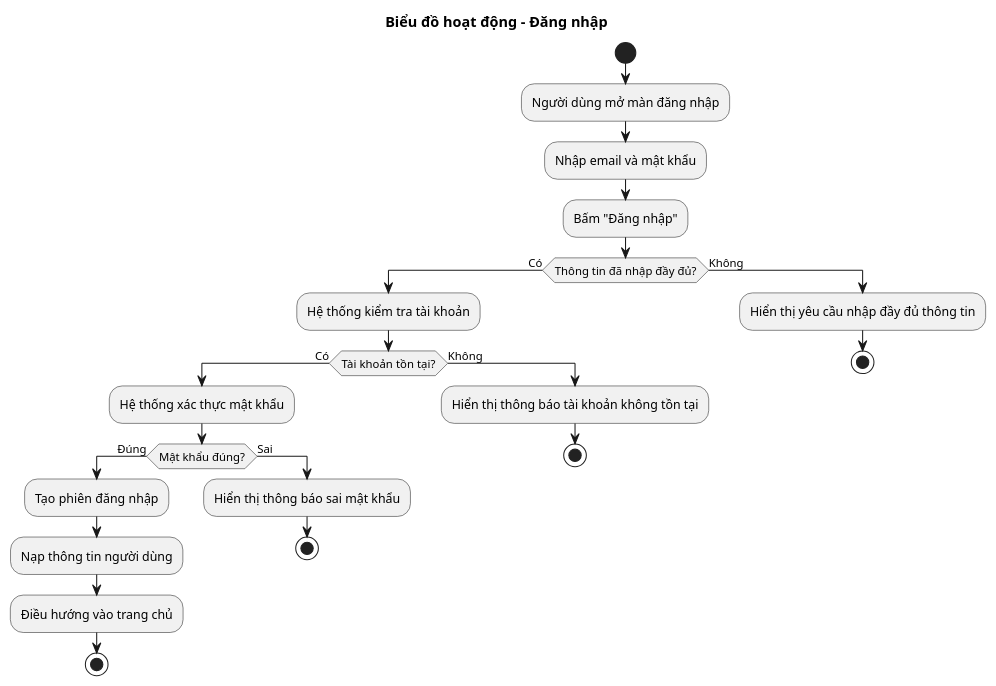
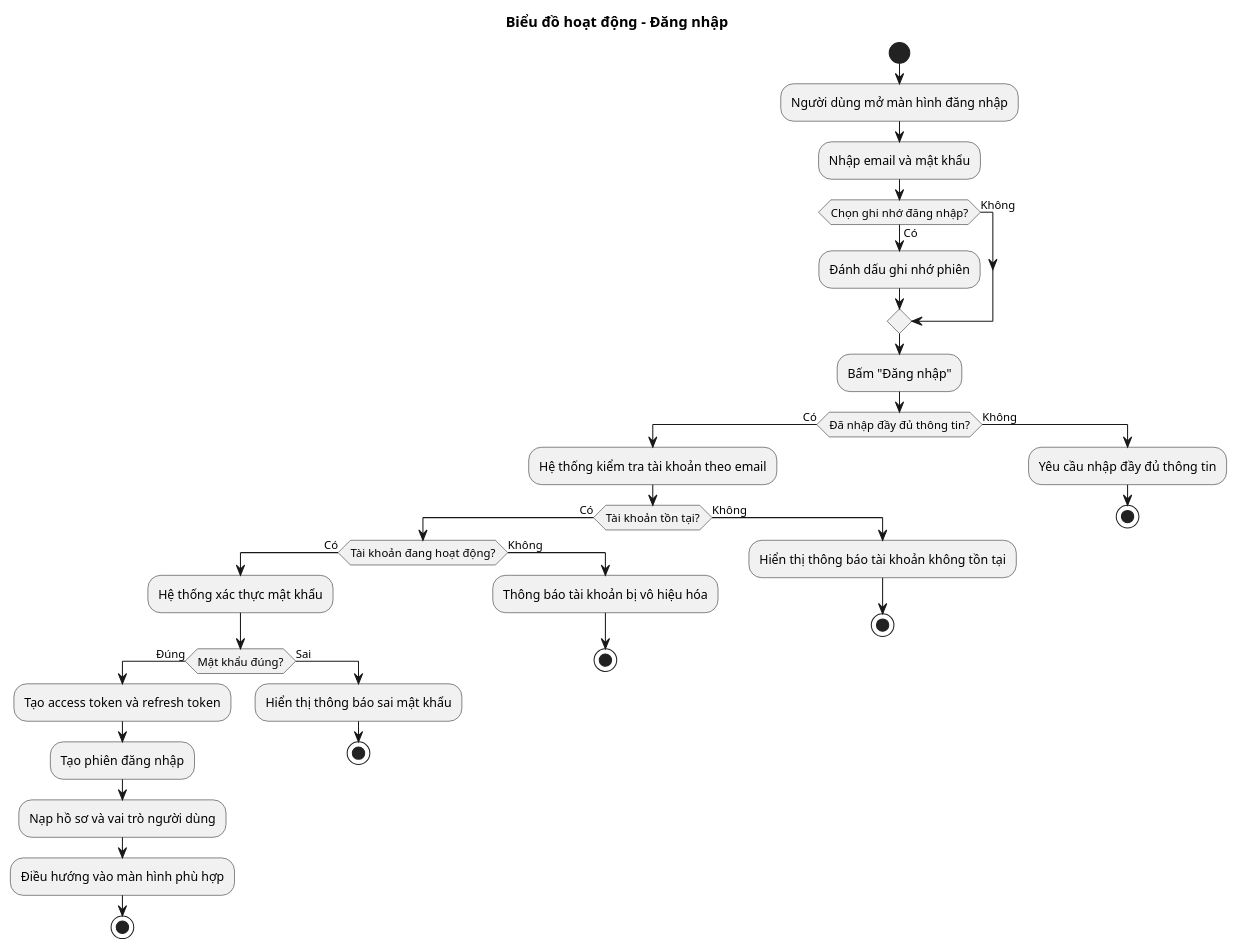
One commit to phuongtech24/do_an changed the diagram in docs/diagrams/Bieudohoatdong/login.puml. Above: the diagram before and after it, drawn with PlantUML. The commit also changed other lines of this file and 18 other files, not shown here.

```diff
--- a/docs/diagrams/Bieudohoatdong/login.puml
+++ b/docs/diagrams/Bieudohoatdong/login.puml
@@ -1,31 +1,41 @@
 @startuml
 title Biểu đồ hoạt động - Đăng nhập
 
 start
-:Người dùng mở màn đăng nhập;
+:Người dùng mở màn hình đăng nhập;
 :Nhập email và mật khẩu;
+if (Chọn ghi nhớ đăng nhập?) then (Có)
+  :Đánh dấu ghi nhớ phiên;
+else (Không)
+endif
 :Bấm "Đăng nhập";
 
-if (Thông tin đã nhập đầy đủ?) then (Có)
-  :Hệ thống kiểm tra tài khoản;
+if (Đã nhập đầy đủ thông tin?) then (Có)
+  :Hệ thống kiểm tra tài khoản theo email;
   if (Tài khoản tồn tại?) then (Có)
-    :Hệ thống xác thực mật khẩu;
-    if (Mật khẩu đúng?) then (Đúng)
-      :Tạo phiên đăng nhập;
-      :Nạp thông tin người dùng;
-      :Điều hướng vào trang chủ;
-      stop
-    else (Sai)
-      :Hiển thị thông báo sai mật khẩu;
+    if (Tài khoản đang hoạt động?) then (Có)
+      :Hệ thống xác thực mật khẩu;
+      if (Mật khẩu đúng?) then (Đúng)
+        :Tạo access token và refresh token;
+        :Tạo phiên đăng nhập;
+        :Nạp hồ sơ và vai trò người dùng;
+        :Điều hướng vào màn hình phù hợp;
+        stop
+      else (Sai)
+        :Hiển thị thông báo sai mật khẩu;
+        stop
+      endif
+    else (Không)
+      :Thông báo tài khoản bị vô hiệu hóa;
       stop
     endif
   else (Không)
     :Hiển thị thông báo tài khoản không tồn tại;
     stop
   endif
 else (Không)
-  :Hiển thị yêu cầu nhập đầy đủ thông tin;
+  :Yêu cầu nhập đầy đủ thông tin;
   stop
 endif
 
 @enduml
```
